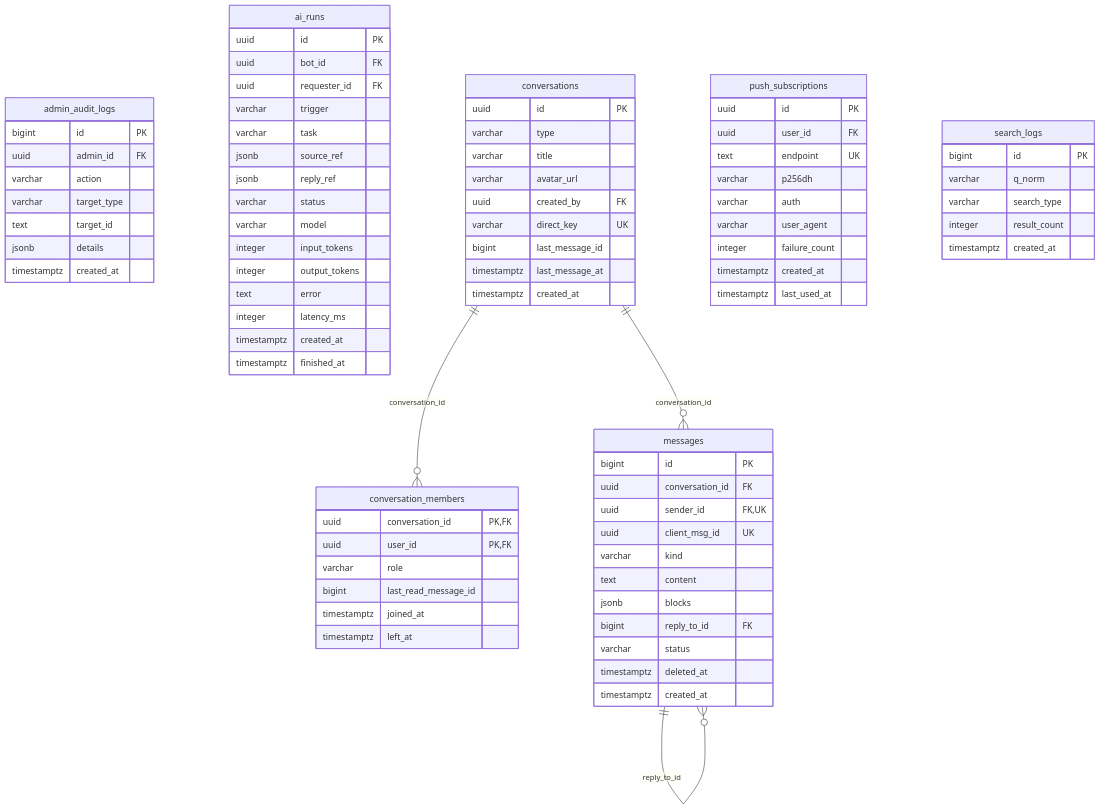
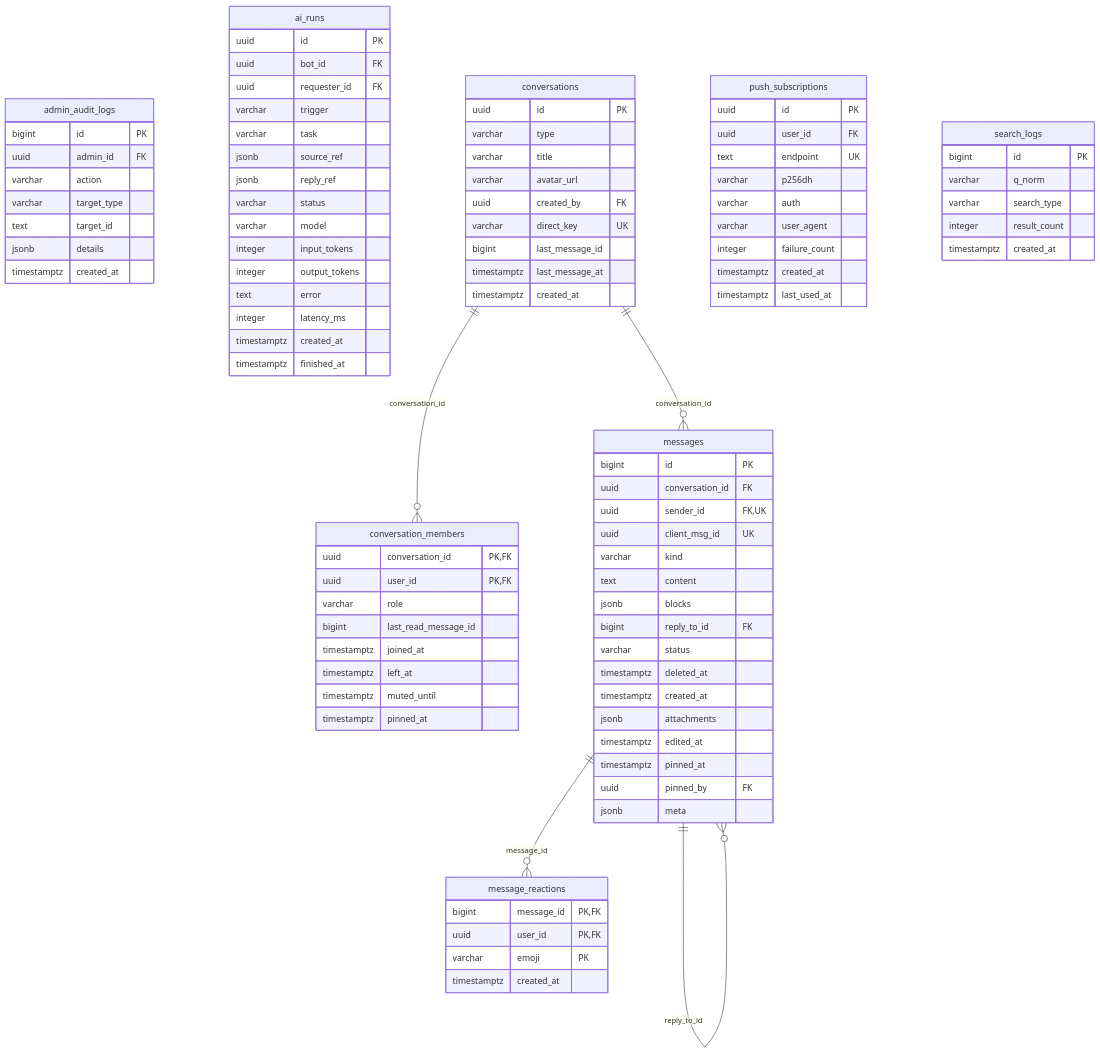
The sixth of 6 diagrams in docs/diagrams/04-erd.md (nhatcoi/pu-connect), drawn with Mermaid before and after one commit. The commit also changed other lines of this file and 5 other files, not shown here.

Commit message:
docs: chat P2 and PU AI study modes, diagrams and ERD

````diff
--- a/docs/diagrams/04-erd.md
+++ b/docs/diagrams/04-erd.md
@@ -436,6 +439,8 @@
     bigint last_read_message_id
     timestamptz joined_at
     timestamptz left_at
+    timestamptz muted_until
+    timestamptz pinned_at
   }
   conversations {
     uuid id PK
@@ -446,6 +451,12 @@
     varchar direct_key UK
     bigint last_message_id
     timestamptz last_message_at
+    timestamptz created_at
+  }
+  message_reactions {
+    bigint message_id PK,FK
+    uuid user_id PK,FK
+    varchar emoji PK
     timestamptz created_at
   }
   messages {
@@ -460,6 +471,11 @@
     varchar status
     timestamptz deleted_at
     timestamptz created_at
+    jsonb attachments
+    timestamptz edited_at
+    timestamptz pinned_at
+    uuid pinned_by FK
+    jsonb meta
   }
   push_subscriptions {
     uuid id PK
@@ -480,6 +496,7 @@
     timestamptz created_at
   }
   conversations ||--o{ conversation_members : "conversation_id"
+  messages ||--o{ message_reactions : "message_id"
   conversations ||--o{ messages : "conversation_id"
   messages ||--o{ messages : "reply_to_id"
 ```
````
